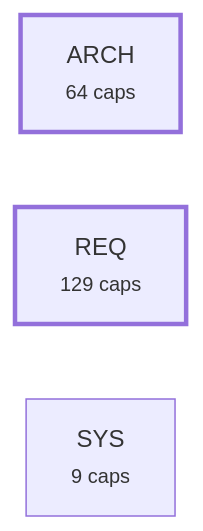
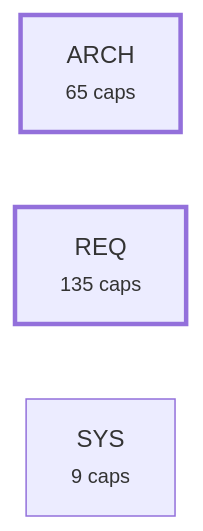
The fourth of 5 diagrams in plugin/requirements/_map.md (alxmax/Requirement-manager), drawn with Mermaid before and after one commit. The commit also changed other lines of this file and 13 other files, not shown here.

````diff
--- a/plugin/requirements/_map.md
+++ b/plugin/requirements/_map.md
@@ -874,8 +890,8 @@
 ```mermaid
 graph LR
-  a_ARCH["ARCH<br><small>64 caps</small>"]
-  a_REQ["REQ<br><small>129 caps</small>"]
+  a_ARCH["ARCH<br><small>65 caps</small>"]
+  a_REQ["REQ<br><small>135 caps</small>"]
   a_SYS["SYS<br><small>9 caps</small>"]
   style a_ARCH stroke-width:3px
   style a_REQ stroke-width:3px
 ```
````
